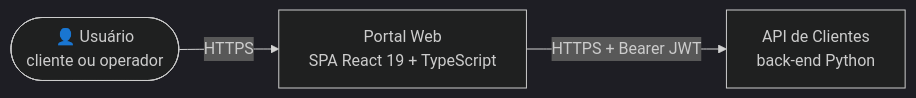
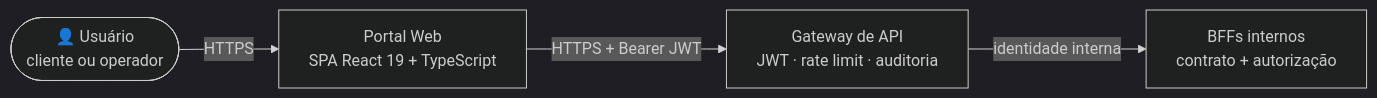
Before and after one commit to arkhibr/frontend-react: the first of 2 diagrams in docs/architecture/README.md, drawn with Mermaid. The commit also changed other lines of this file and 84 other files, not shown here.

````diff
--- a/docs/architecture/README.md
+++ b/docs/architecture/README.md
@@ -9,10 +9,12 @@
 ```mermaid
 %%{init: {'theme': 'dark'}}%%
 graph LR
     user(["👤 Usuário\ncliente ou operador"])
     portal["Portal Web\nSPA React 19 + TypeScript"]
-    api["API de Clientes\nback-end Python"]
+    gateway["Gateway de API\nJWT · rate limit · auditoria"]
+    bff["BFFs internos\ncontrato + autorização"]
 
     user -->|"HTTPS"| portal
-    portal -->|"HTTPS + Bearer JWT"| api
+    portal -->|"HTTPS + Bearer JWT"| gateway
+    gateway -->|"identidade interna"| bff
 ```
````
